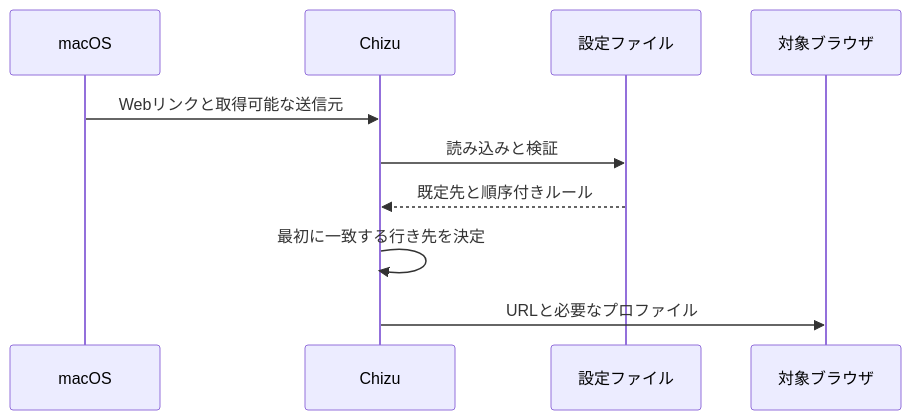
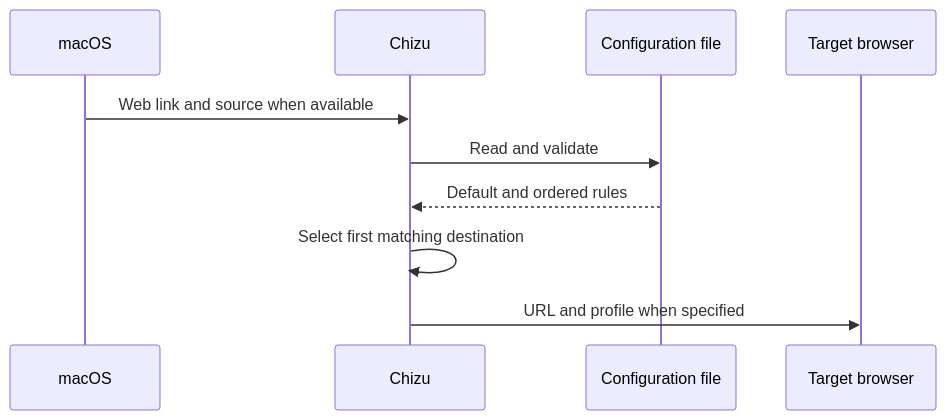
One commit to azu/chizu changed the diagram in docs/products/chizu/features/routing/design.md. Above: the diagram before and after it, drawn with Mermaid. The commit also changed other lines of this file and 18 other files, not shown here.

````diff
--- a/docs/products/chizu/features/routing/design.md
+++ b/docs/products/chizu/features/routing/design.md
@@ -33,12 +37,12 @@
 ```mermaid
 sequenceDiagram
     participant Mac as macOS
     participant App as Chizu
-    participant Config as 設定ファイル
-    participant Browser as 対象ブラウザ
-    Mac->>App: Webリンクと取得可能な送信元
-    App->>Config: 読み込みと検証
-    Config-->>App: 既定先と順序付きルール
-    App->>App: 最初に一致する行き先を決定
-    App->>Browser: URLと必要なプロファイル
+    participant Config as Configuration file
+    participant Browser as Target browser
+    Mac->>App: Web link and source when available
+    App->>Config: Read and validate
+    Config-->>App: Default and ordered rules
+    App->>App: Select first matching destination
+    App->>Browser: URL and profile when specified
 ```
````
